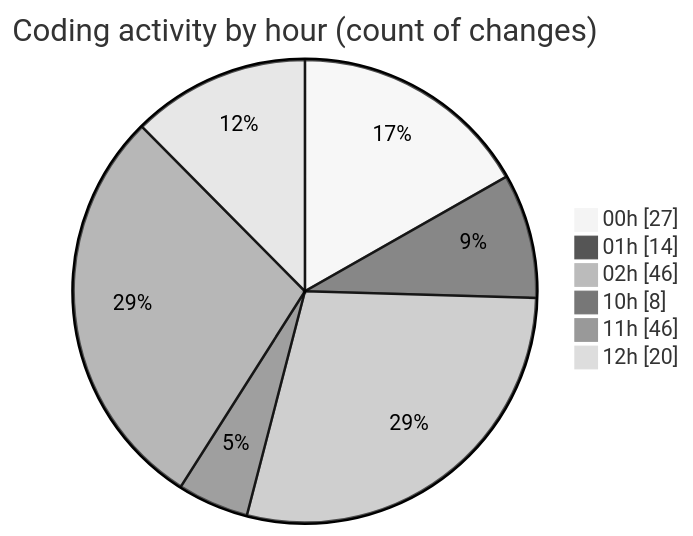
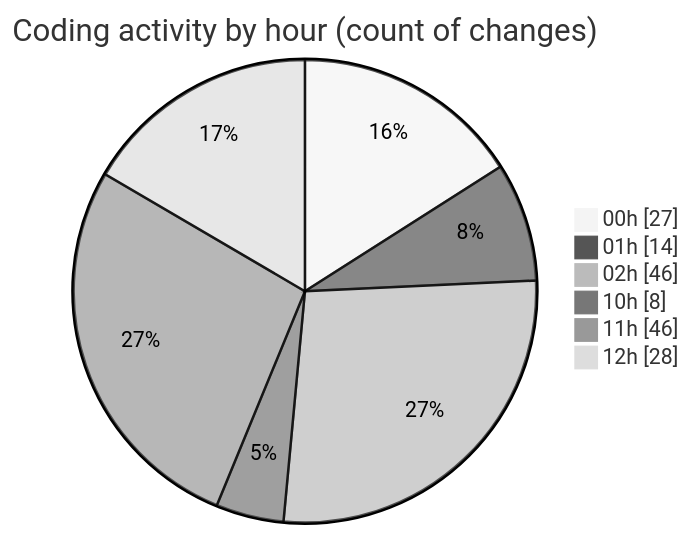
Before and after one commit to lephambinh05/code-tracking: the second of 2 diagrams in 2025-07-17/nhahang/README.md, drawn with Mermaid (neutral theme). The commit also changed other lines of this file and 1 other file, not shown here.

````diff
--- a/2025-07-17/nhahang/README.md
+++ b/2025-07-17/nhahang/README.md
@@ -73,10 +74,10 @@
 ```mermaid
 pie showData
 title Coding activity by hour (count of changes)
 "00h" : 27
 "01h" : 14
 "02h" : 46
 "10h" : 8
 "11h" : 46
-"12h" : 20
+"12h" : 28
 ```
````
